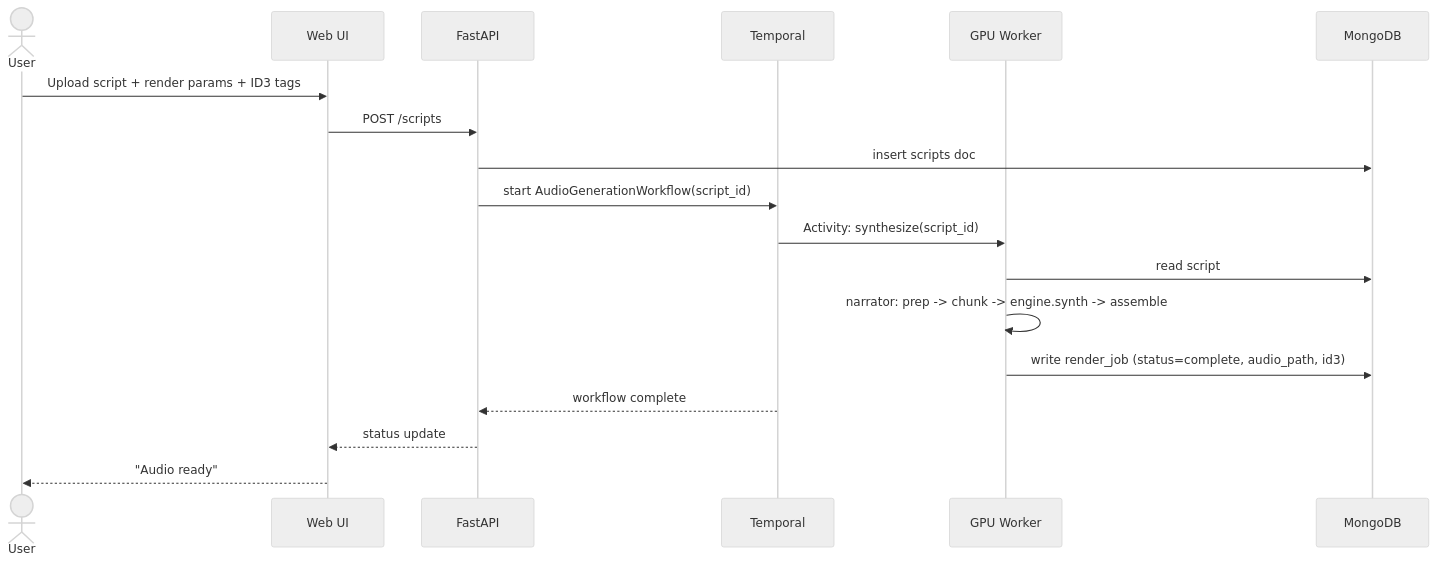
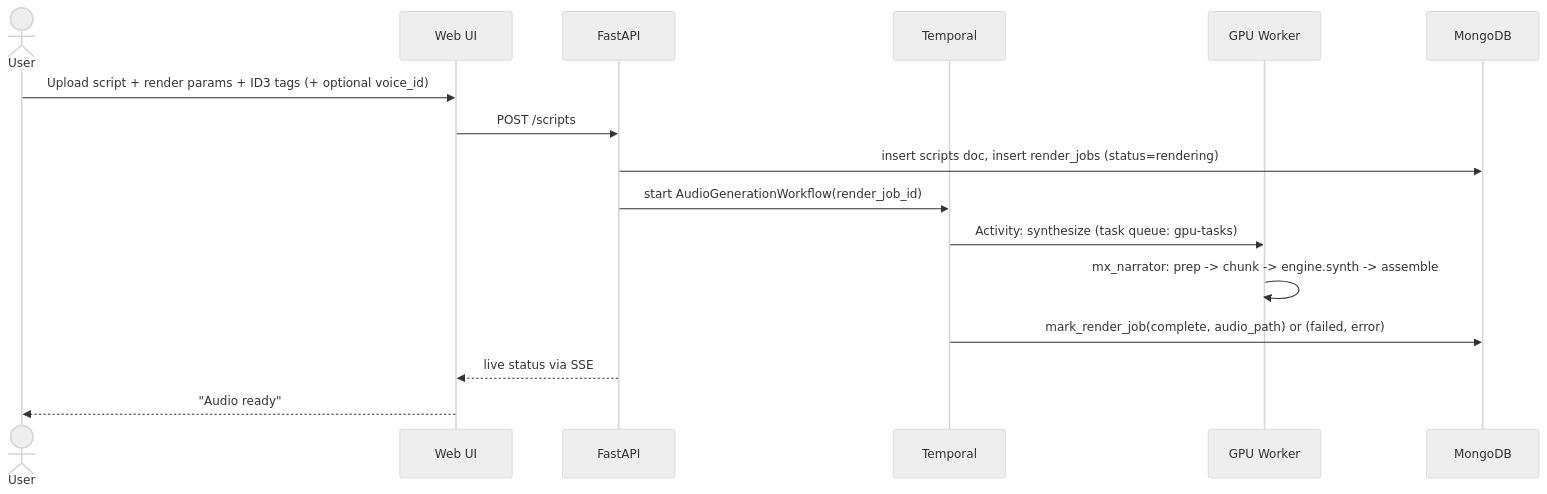
Before and after one commit to geosp/mx-narrator: the fourth of 7 diagrams in docs/rfc-narrator-studio.md, drawn with Mermaid (neutral theme). The commit also changed other lines of this file, not shown here.

````diff
--- a/docs/rfc-narrator-studio.md
+++ b/docs/rfc-narrator-studio.md
@@ -289,21 +339,19 @@
 ```mermaid
 sequenceDiagram
     actor U as User
     participant UI as Web UI
     participant API as FastAPI
     participant T as Temporal
     participant GW as GPU Worker
     participant M as MongoDB
 
-    U->>UI: Upload script + render params + ID3 tags
+    U->>UI: Upload script + render params + ID3 tags (+ optional voice_id)
     UI->>API: POST /scripts
-    API->>M: insert scripts doc
-    API->>T: start AudioGenerationWorkflow(script_id)
-    T->>GW: Activity: synthesize(script_id)
-    GW->>M: read script
-    GW->>GW: narrator: prep -> chunk -> engine.synth -> assemble
-    GW->>M: write render_job (status=complete, audio_path, id3)
-    T-->>API: workflow complete
-    API-->>UI: status update
+    API->>M: insert scripts doc, insert render_jobs (status=rendering)
+    API->>T: start AudioGenerationWorkflow(render_job_id)
+    T->>GW: Activity: synthesize (task queue: gpu-tasks)
+    GW->>GW: mx_narrator: prep -> chunk -> engine.synth -> assemble
+    T->>M: mark_render_job(complete, audio_path) or (failed, error)
+    API-->>UI: live status via SSE
     UI-->>U: "Audio ready"
 ```
````
